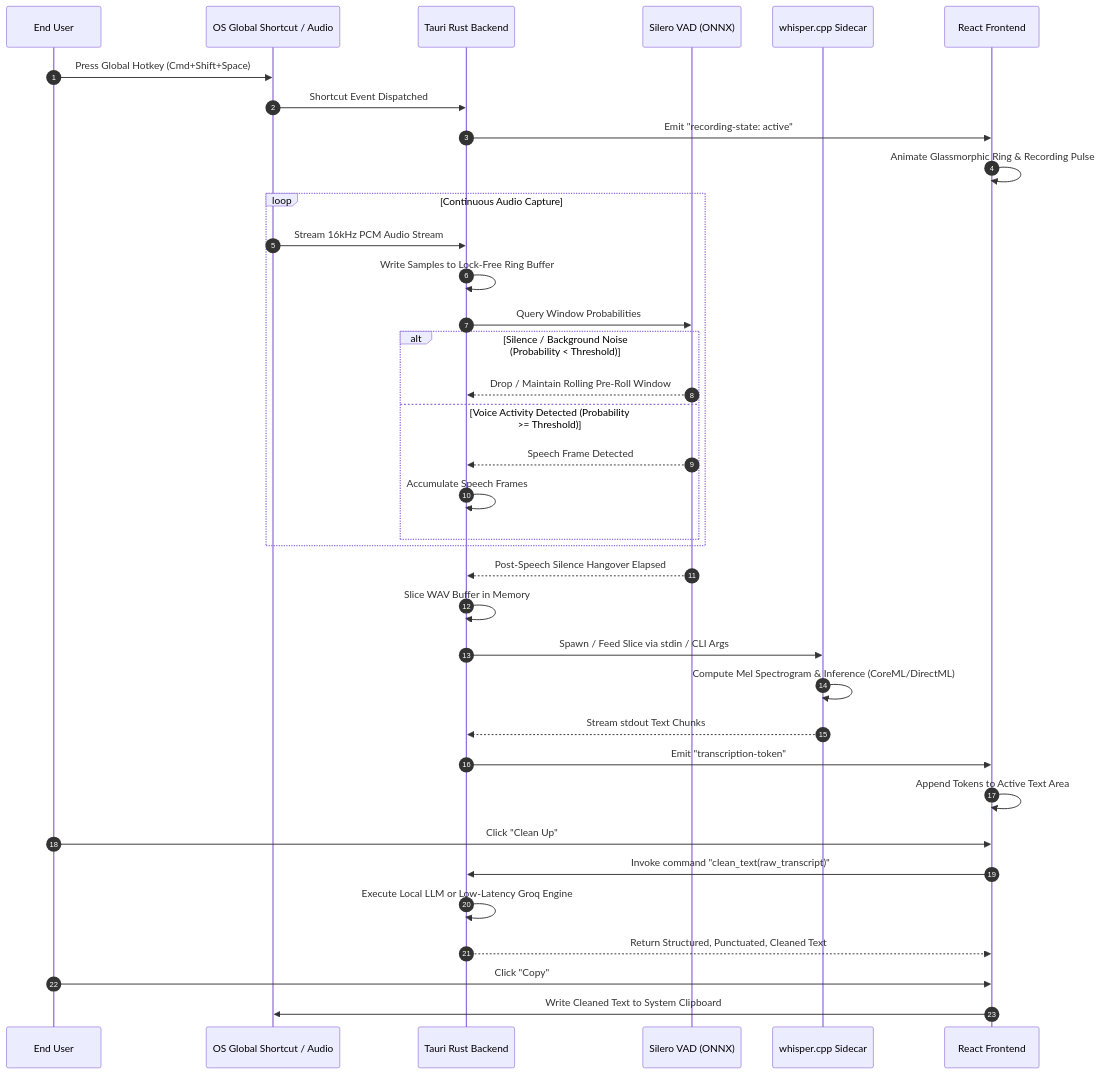
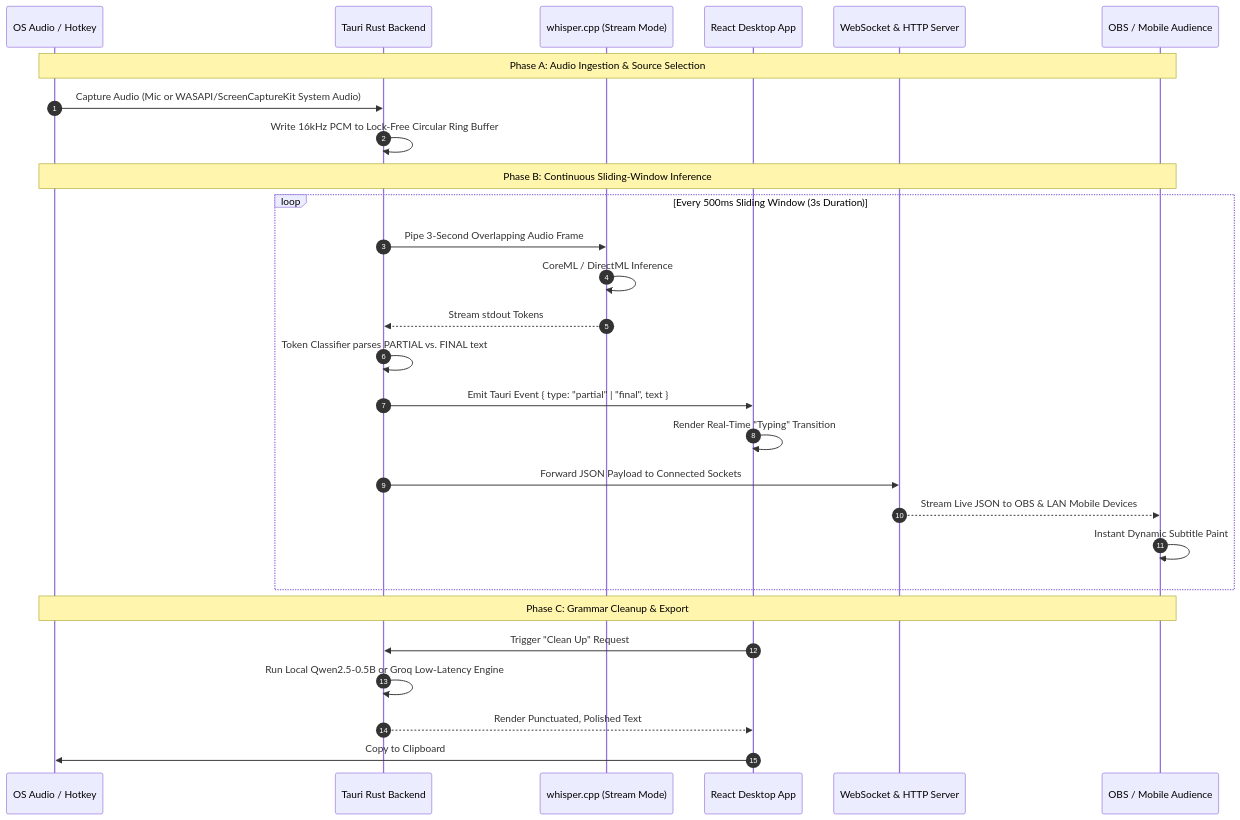
The second of 2 diagrams in README.md (youknowme19/Team-Neaural_ninjas-Gopalan-), drawn with Mermaid before and after one commit. The commit also changed other lines of this file, not shown here.

Commit message:
docs: add live event audio capture and real-time streaming architecture (phases 7-9)

````diff
--- a/README.md
+++ b/README.md
@@ -125,42 +156,33 @@
 ```mermaid
 sequenceDiagram
     autonumber
-    participant User as End User
-    participant OS as OS Global Shortcut / Audio
-    participant Host as Tauri Rust Backend
-    participant VAD as Silero VAD (ONNX)
-    participant Sidecar as whisper.cpp Sidecar
-    participant UI as React Frontend
+    participant HostOS as OS Audio / Hotkey
+    participant Rust as Tauri Rust Backend
+    participant Whisper as whisper.cpp (Stream Mode)
+    participant DesktopUI as React Desktop App
+    participant Broadcaster as WebSocket & HTTP Server
+    participant Audience as OBS / Mobile Audience
 
-    User->>OS: Press Global Hotkey (Cmd+Shift+Space)
-    OS->>Host: Shortcut Event Dispatched
-    Host->>UI: Emit "recording-state: active"
-    UI->>UI: Animate Glassmorphic Ring & Recording Pulse
+    Note over HostOS,Audience: Phase A: Audio Ingestion & Source Selection
+    HostOS->>Rust: Capture Audio (Mic or WASAPI/ScreenCaptureKit System Audio)
+    Rust->>Rust: Write 16kHz PCM to Lock-Free Circular Ring Buffer
 
-    loop Continuous Audio Capture
-        OS->>Host: Stream 16kHz PCM Audio Stream
-        Host->>Host: Write Samples to Lock-Free Ring Buffer
-        Host->>VAD: Query Window Probabilities
-        alt Silence / Background Noise (Probability < Threshold)
-            VAD-->>Host: Drop / Maintain Rolling Pre-Roll Window
-        else Voice Activity Detected (Probability >= Threshold)
-            VAD-->>Host: Speech Frame Detected
-            Host->>Host: Accumulate Speech Frames
-        end
+    Note over HostOS,Audience: Phase B: Continuous Sliding-Window Inference
+    loop Every 500ms Sliding Window (3s Duration)
+        Rust->>Whisper: Pipe 3-Second Overlapping Audio Frame
+        Whisper->>Whisper: CoreML / DirectML Inference
+        Whisper-->>Rust: Stream stdout Tokens
+        Rust->>Rust: Token Classifier parses PARTIAL vs. FINAL text
+        Rust->>DesktopUI: Emit Tauri Event { type: "partial" | "final", text }
+        DesktopUI->>DesktopUI: Render Real-Time "Typing" Transition
+        Rust->>Broadcaster: Forward JSON Payload to Connected Sockets
+        Broadcaster-->>Audience: Stream Live JSON to OBS & LAN Mobile Devices
+        Audience->>Audience: Instant Dynamic Subtitle Paint
     end
 
-    VAD-->>Host: Post-Speech Silence Hangover Elapsed
-    Host->>Host: Slice WAV Buffer in Memory
-    Host->>Sidecar: Spawn / Feed Slice via stdin / CLI Args
-    Sidecar->>Sidecar: Compute Mel Spectrogram & Inference (CoreML/DirectML)
-    Sidecar-->>Host: Stream stdout Text Chunks
-    Host->>UI: Emit "transcription-token"
-    UI->>UI: Append Tokens to Active Text Area
-
-    User->>UI: Click "Clean Up"
-    UI->>Host: Invoke command "clean_text(raw_transcript)"
-    Host->>Host: Execute Local LLM or Low-Latency Groq Engine
-    Host-->>UI: Return Structured, Punctuated, Cleaned Text
-    User->>UI: Click "Copy"
-    UI->>OS: Write Cleaned Text to System Clipboard
+    Note over HostOS,Audience: Phase C: Grammar Cleanup & Export
+    DesktopUI->>Rust: Trigger "Clean Up" Request
+    Rust->>Rust: Run Local Qwen2.5-0.5B or Groq Low-Latency Engine
+    Rust-->>DesktopUI: Render Punctuated, Polished Text
+    DesktopUI->>HostOS: Copy to Clipboard
 ```
````
